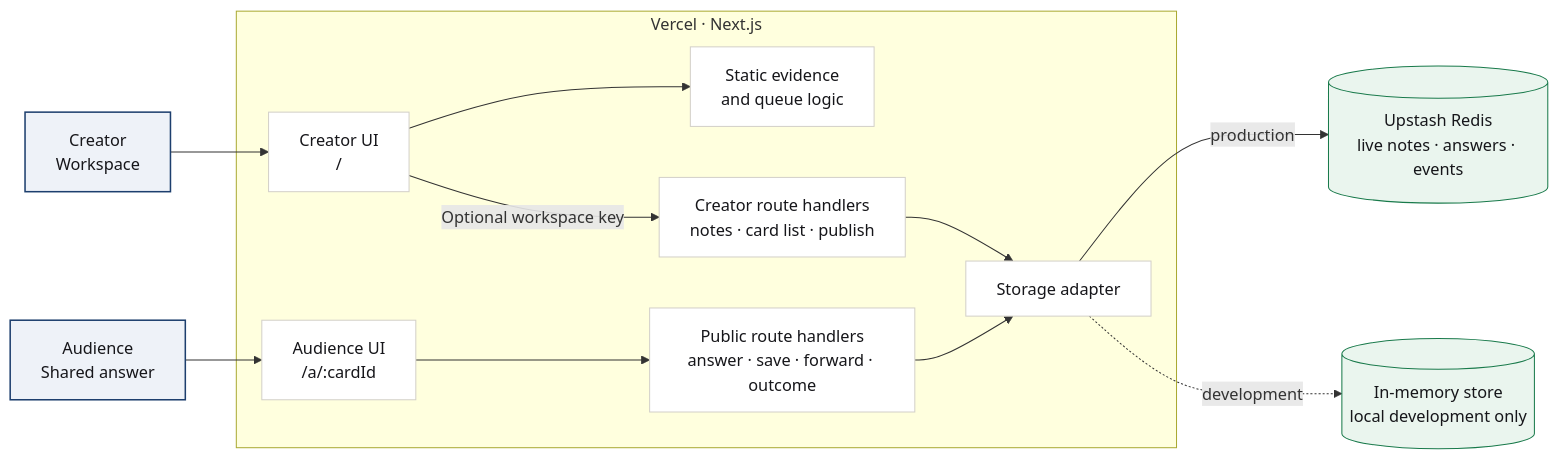
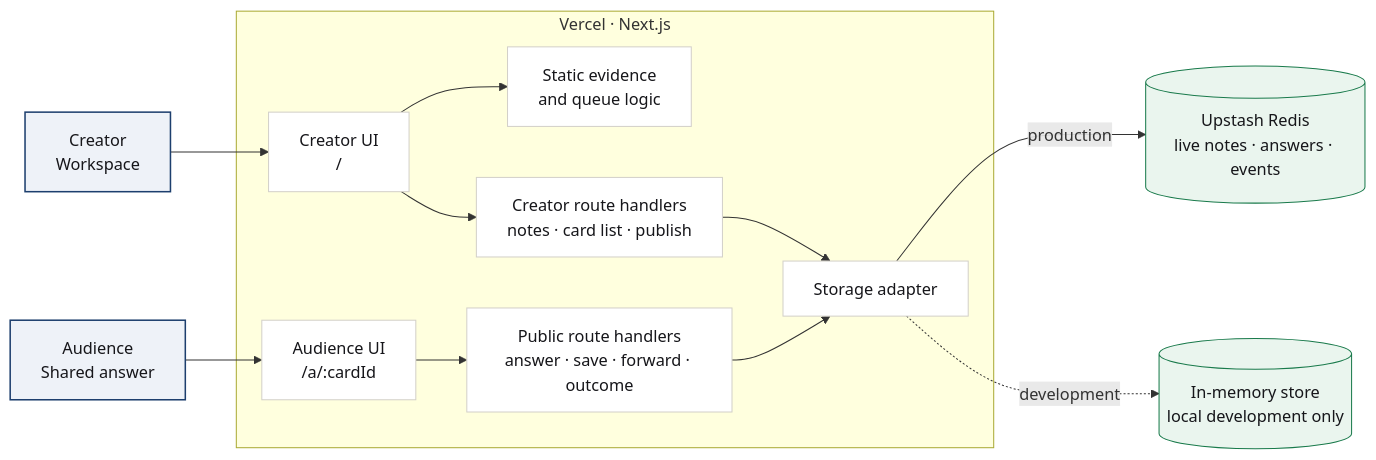
The diagram in README.md (adityasingh-stripe/front-row), drawn with Mermaid before and after one commit. The commit also changed other lines of this file and 6 other files, not shown here.

````diff
--- a/README.md
+++ b/README.md
@@ -21,34 +21,34 @@
 ```mermaid
 flowchart LR
     creator["Creator<br/>Workspace"]
     audience["Audience<br/>Shared answer"]
 
     subgraph next["Vercel · Next.js"]
         creatorUI["Creator UI<br/>/"]
         audienceUI["Audience UI<br/>/a/:cardId"]
         evidence["Static evidence<br/>and queue logic"]
         creatorAPI["Creator route handlers<br/>notes · card list · publish"]
         publicAPI["Public route handlers<br/>answer · save · forward · outcome"]
         store["Storage adapter"]
     end
 
     redis[("Upstash Redis<br/>live notes · answers · events")]
     memory[("In-memory store<br/>local development only")]
 
     creator --> creatorUI
     creatorUI --> evidence
-    creatorUI -->|"Optional workspace key"| creatorAPI
+    creatorUI --> creatorAPI
     audience --> audienceUI
     audienceUI --> publicAPI
     creatorAPI --> store
     publicAPI --> store
     store -->|"production"| redis
     store -.->|"development"| memory
 
     classDef person fill:#eef2f8,stroke:#1d3f6e,color:#16161a,stroke-width:1.5px;
     classDef surface fill:#ffffff,stroke:#d3d0c9,color:#16161a;
     classDef data fill:#eaf5ee,stroke:#197a4b,color:#16161a;
     class creator,audience person;
     class creatorUI,audienceUI,evidence,creatorAPI,publicAPI,store surface;
     class redis,memory data;
 ```
````
